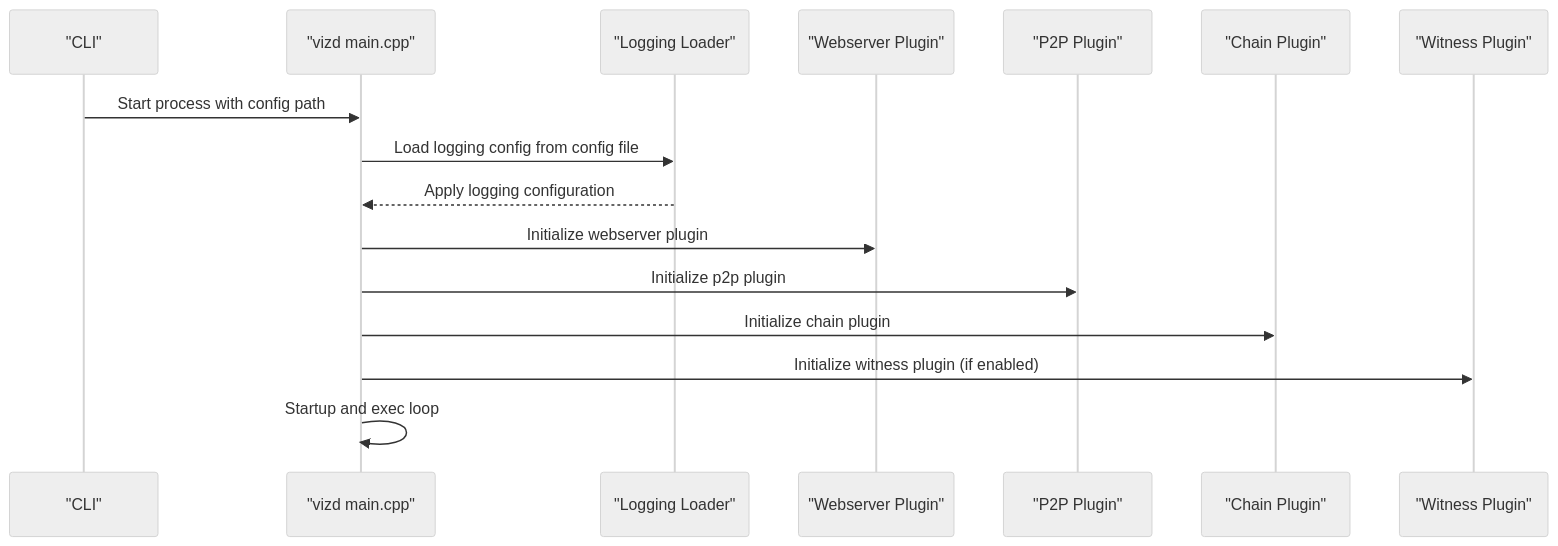
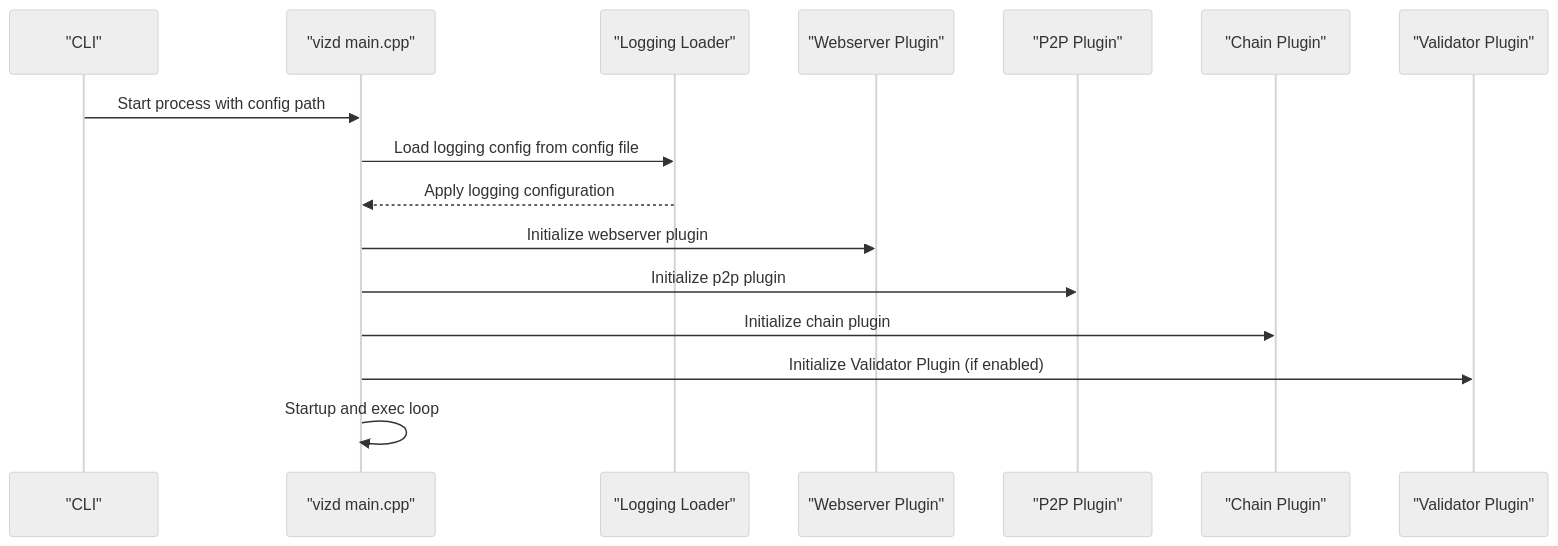
The second of 3 diagrams in .qoder/repowiki/en/content/Configuration Management/Node Configuration.md (VIZ-Blockchain/viz-cpp-node), drawn with Mermaid (neutral theme) before and after one commit. The commit also changed other lines of this file and 88 other files, not shown here.

First line of the commit message:
docs(validator): rename witness to validator throughout documentation

````diff
--- a/.qoder/repowiki/en/content/Configuration Management/Node Configuration.md
+++ b/.qoder/repowiki/en/content/Configuration Management/Node Configuration.md
@@ -158,18 +158,18 @@
 ```mermaid
 sequenceDiagram
 participant CLI as "CLI"
 participant Bin as "vizd main.cpp"
 participant Log as "Logging Loader"
 participant WS as "Webserver Plugin"
 participant P2P as "P2P Plugin"
 participant Chain as "Chain Plugin"
-participant Wit as "Witness Plugin"
+participant Wit as "Validator Plugin"
 CLI->>Bin : Start process with config path
 Bin->>Log : Load logging config from config file
 Log-->>Bin : Apply logging configuration
 Bin->>WS : Initialize webserver plugin
 Bin->>P2P : Initialize p2p plugin
 Bin->>Chain : Initialize chain plugin
-Bin->>Wit : Initialize witness plugin (if enabled)
+Bin->>Wit : Initialize Validator Plugin (if enabled)
 Bin->>Bin : Startup and exec loop
 ```
````
